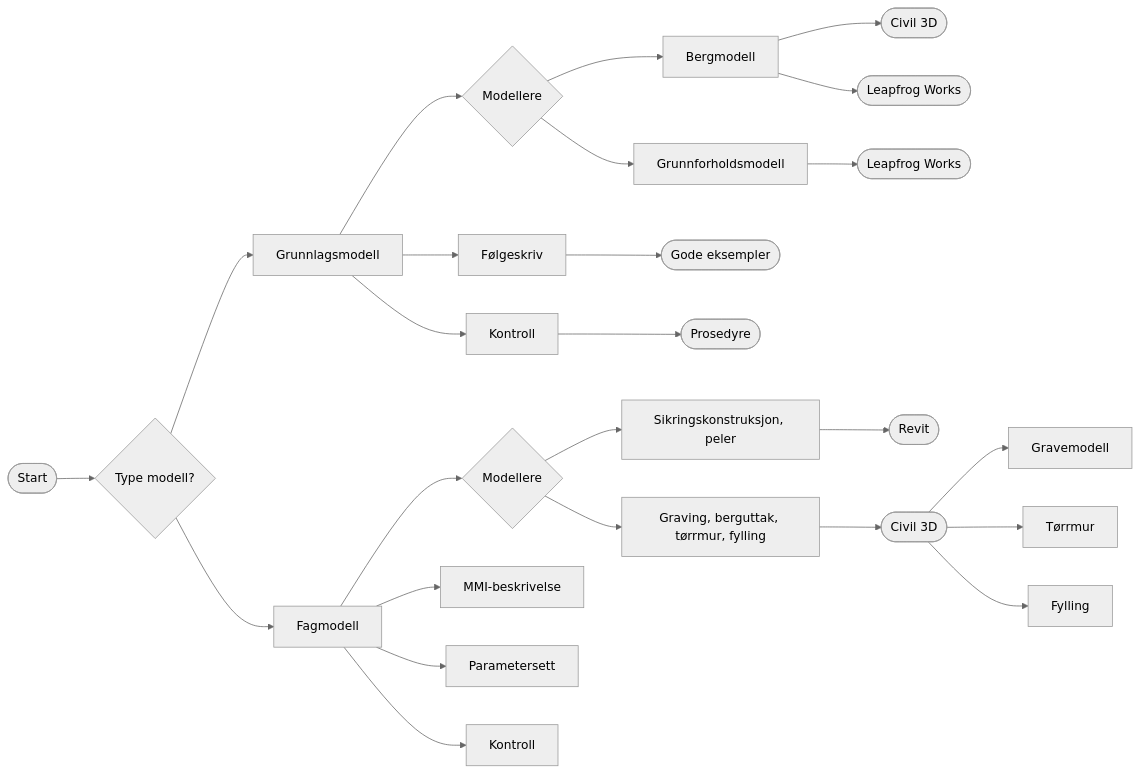
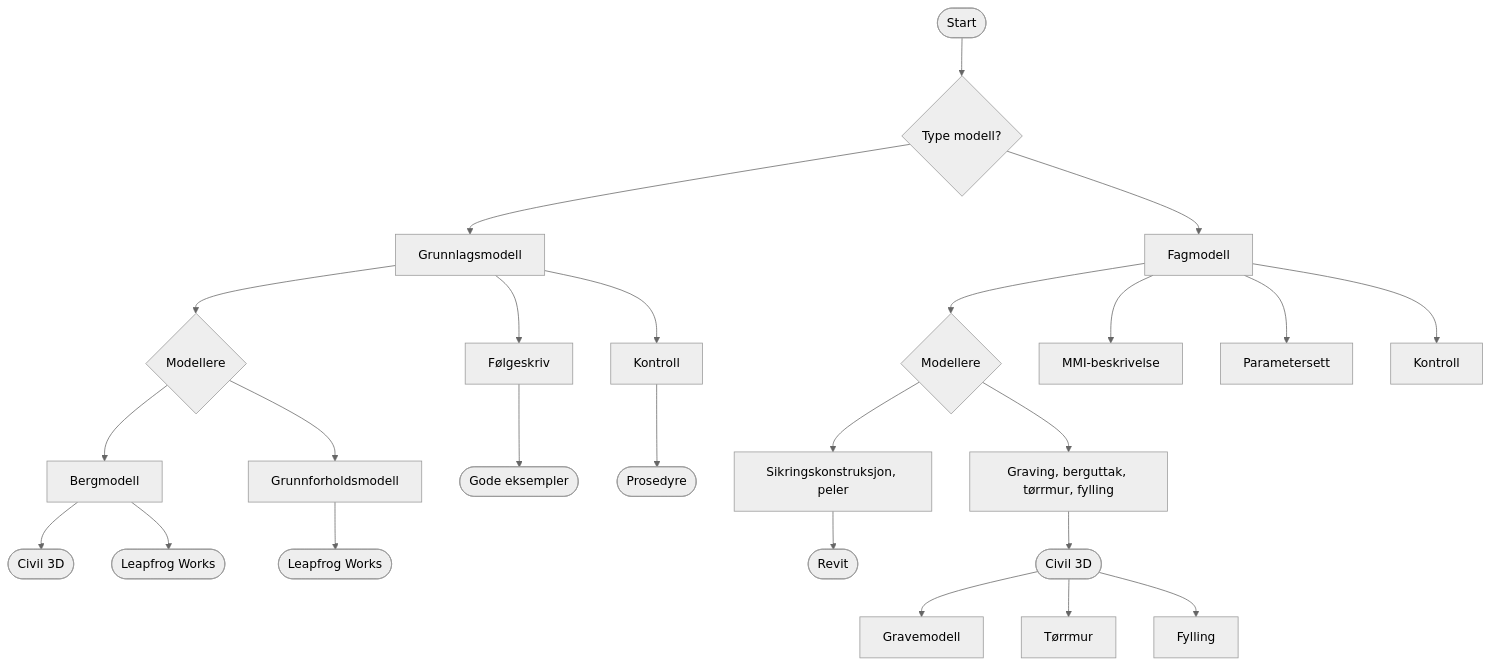
One commit to VebjornSolli/VebjornSolli.github.io changed the diagram in README.md. Above: the diagram before and after it, drawn with Mermaid (neutral theme).

Commit message:
Change flowchart direction from LR to TD

```diff
--- a/README.md
+++ b/README.md
@@ -3,34 +3,34 @@
 <pre class="mermaid">
-flowchart LR
+flowchart TD
   A([Start]) --> B{Type modell?}
   B --> C[Grunnlagsmodell]
   B --> D[Fagmodell]
   C --> AA{Modellere}
   AA --> E[Bergmodell]
   AA --> F[Grunnforholdsmodell]
     C --> AB[Følgeskriv]
   AB --> AF([Gode eksempler])
   C --> AC[Kontroll]
   AC --> AD([Prosedyre])
   D --> DA{Modellere}
   D --> DB[MMI-beskrivelse]
   D --> DC[Parametersett]
   D --> DD[Kontroll]
   DA --> G[Sikringskonstruksjon, peler]
   DA --> H[Graving, berguttak, tørrmur, fylling]
   E --> I([Civil 3D])
   E --> J([Leapfrog Works])
   F --> K([Leapfrog Works])
   G --> L([Revit])
   H --> M([Civil 3D])
   M --> N[Gravemodell]
   M --> O[Tørrmur]
   M --> P[Fylling]
 
   click E "javascript:void(0)" "Modellere en teoretisk bergoverflate" _blank
   click F "javascript:void(0)" "GOM, modellere volumer for løsmasser og berg" _blank
   click I "https://multiconsultas.sharepoint.com/sites/KNV-Geoteknikk/_layouts/15/Doc.aspx?sourcedoc={e85bab41-bc5b-4a09-9e75-866069919056}&action=edit&wd=target%281.%20Grunnlagsmodeller.one%7C383eba00-1468-436d-b187-12d85e37c390%2F1.2%20Bergmodell%7C01dc91f5-8d70-4674-82b3-70abfde384d0%2F%29&wdorigin=NavigationUrl" "OneNote om bergmodell" _blank
   click J "https://multiconsultas.sharepoint.com/sites/LeapfrogWorks/_layouts/15/Doc.aspx?sourcedoc={cb109127-d401-4972-af23-03ea4a3acf31}&action=edit&wd=target%28Forside.one%7C348fbb65-faae-4231-87d2-269a986a3bc1%2FNotatblokk%20for%20Leapfrog%20Works%7C86ee2fb9-cfdb-4024-a0f0-0fd3ecec18ea%2F%29&wdorigin=NavigationUrl" "OneNote Leapfrog" _blank
   click K "https://multiconsultas.sharepoint.com/sites/LeapfrogWorks/_layouts/15/Doc.aspx?sourcedoc={cb109127-d401-4972-af23-03ea4a3acf31}&action=edit&wd=target%28Forside.one%7C348fbb65-faae-4231-87d2-269a986a3bc1%2FNotatblokk%20for%20Leapfrog%20Works%7C86ee2fb9-cfdb-4024-a0f0-0fd3ecec18ea%2F%29&wdorigin=NavigationUrl" "OneNote Leapfrog" _blank
   click L "https://multiconsultas.sharepoint.com/sites/KNV-Geoteknikk/_layouts/15/Doc.aspx?sourcedoc={ab651cfb-fa35-471f-bc1b-25b223adcd1e}&action=edit&wd=target%28Forside.one%7C706155ab-f796-44e0-94ad-dd62a41685d9%2FNotatblokk%20for%20Revit%20%E2%80%93%20Tips%20og%20triks%7C77ce184b-a619-4a67-a09a-1e8a5c7d3041%2F%29&wdorigin=NavigationUrl" "OneNote Revit" _blank
 </pre>
```
